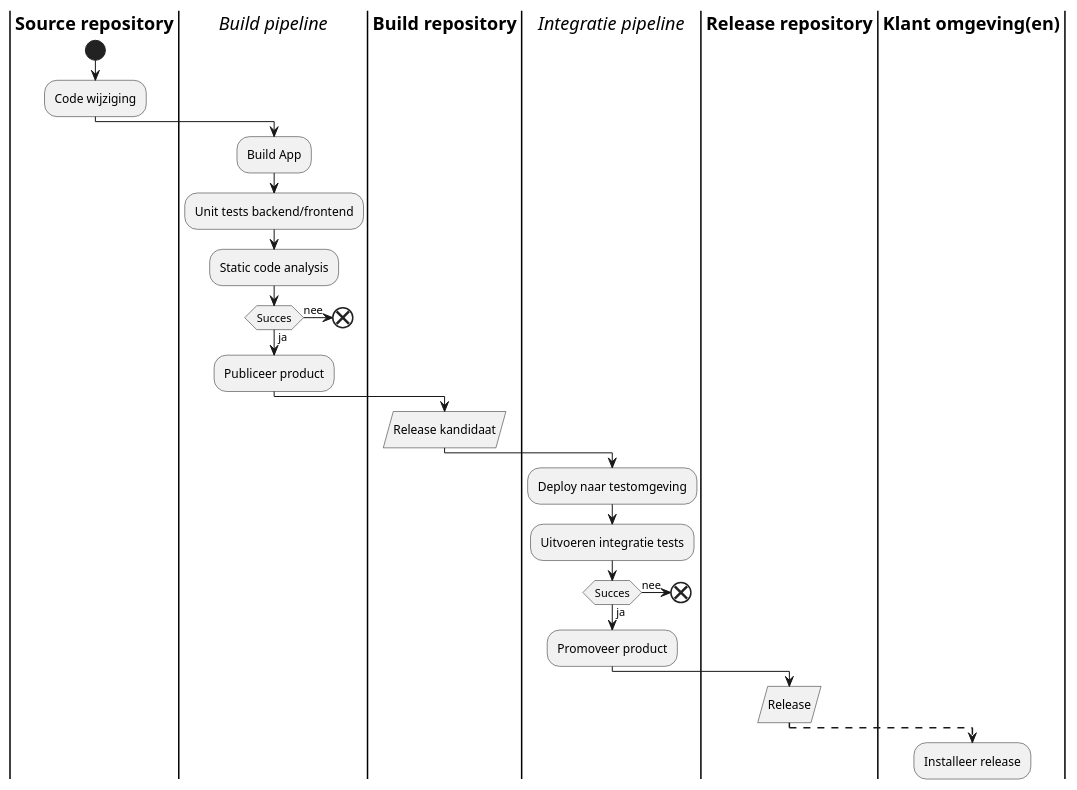
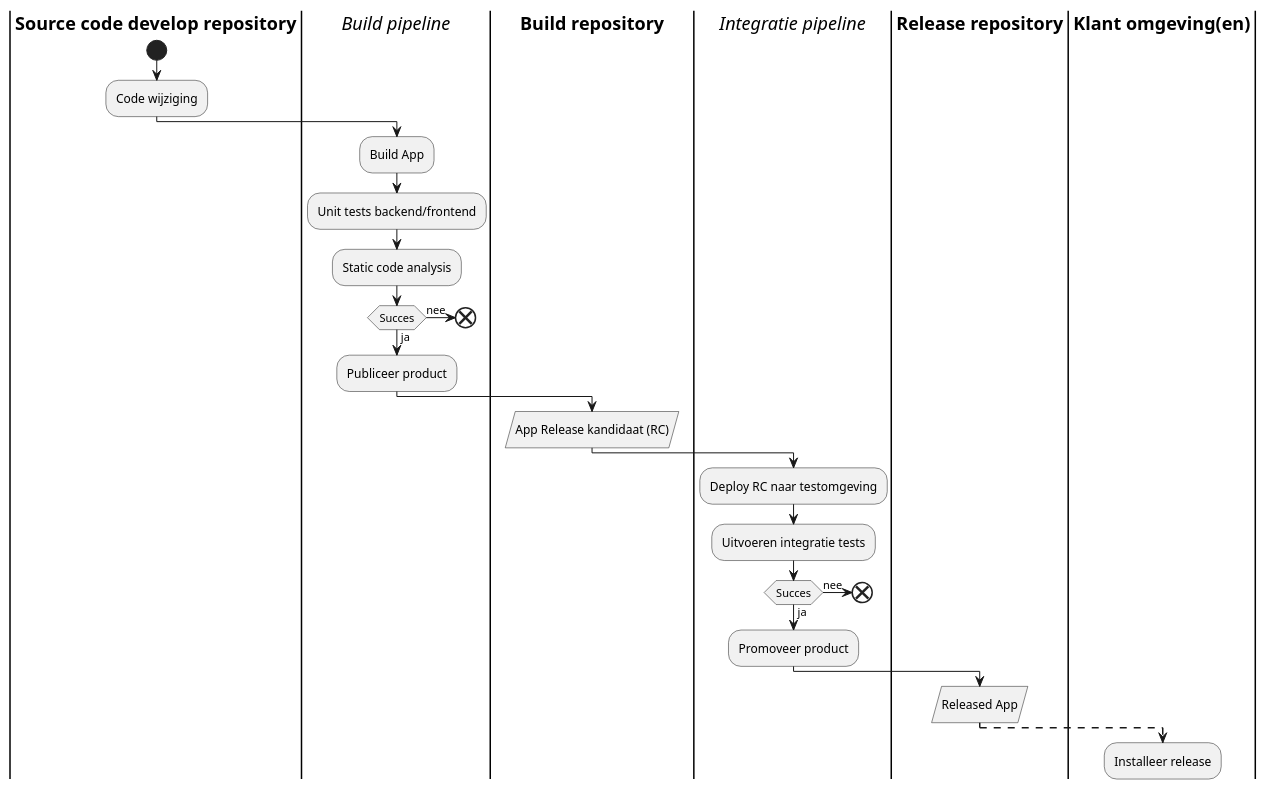
Before and after one commit to nielsdB97/test-deploy-jar: the diagram in src/main/asciidoc/diagrams/delivery-pipeline.puml, drawn with PlantUML. The commit also changed 4 other files, not shown here.

```diff
--- a/src/main/asciidoc/diagrams/delivery-pipeline.puml
+++ b/src/main/asciidoc/diagrams/delivery-pipeline.puml
@@ -1,32 +1,32 @@
 @startuml
 
-|**Source repository**|
+|**Source code develop repository**|
 start
 :Code wijziging;
 |//Build pipeline//|
 :Build App;
 :Unit tests backend/frontend;
 :Static code analysis;
 if (Succes) then (nee)
     end
 else (ja)
     :Publiceer product;
 endif
 
 |**Build repository**|
-:Release kandidaat/
+:App Release kandidaat (RC)/
 |//Integratie pipeline//|
-:Deploy naar testomgeving;
+:Deploy RC naar testomgeving;
 :Uitvoeren integratie tests;
 if (Succes) then (nee)
     end
 else (ja)
     :Promoveer product;
 endif
 |**Release repository**|
-:Release/
+:Released App/
 |**Klant omgeving(en)**|
 -[dashed]->
 :Installeer release;
 detach
 @enduml
```
